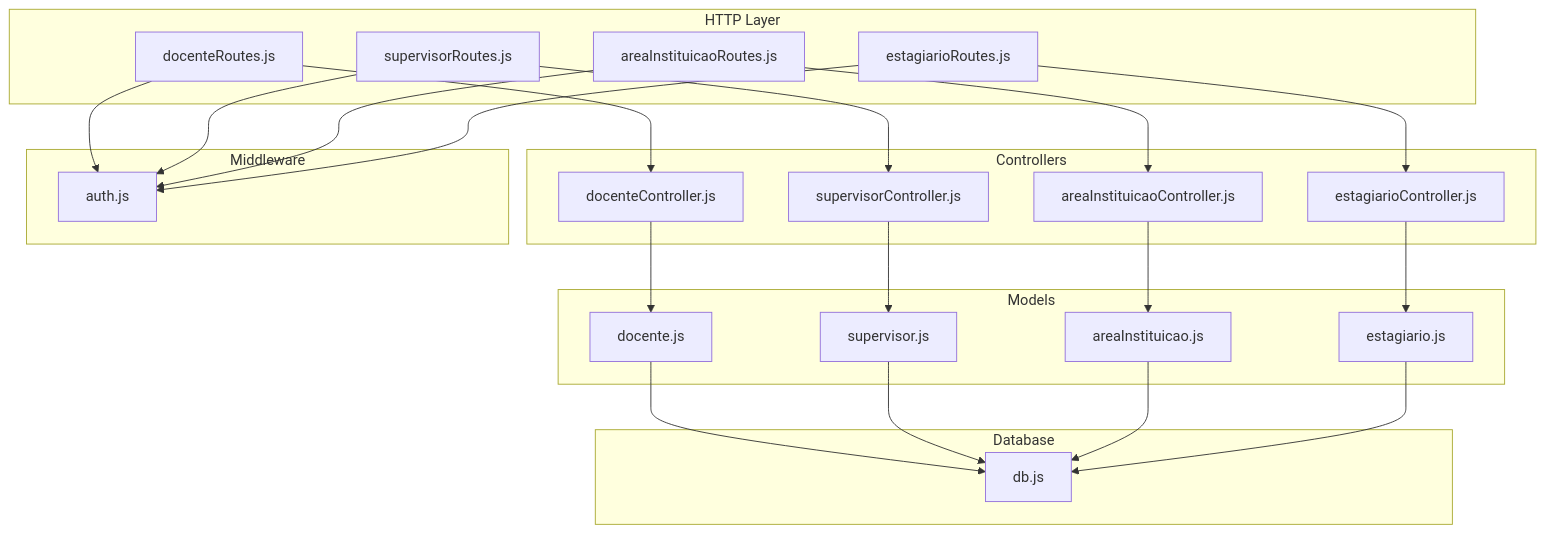
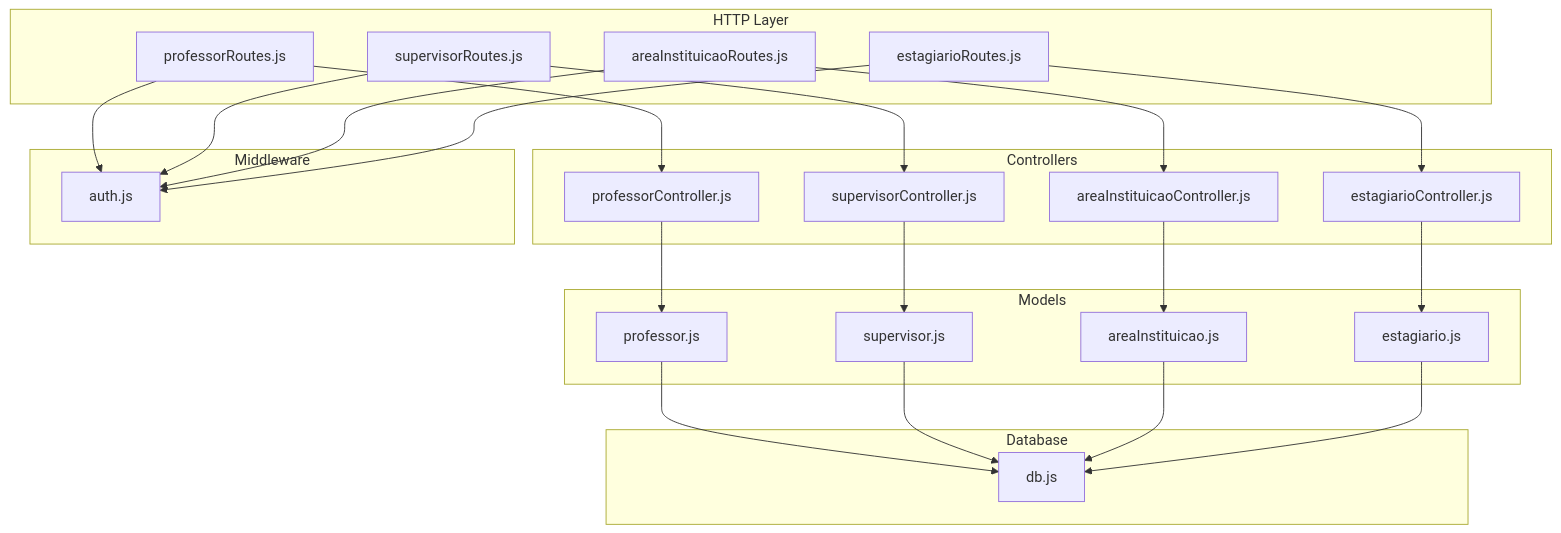
One commit to luiseduacosta/nodemural changed the first of 7 diagrams in .qoder/repowiki/en/content/API Reference/Institutional Management APIs.md. Above: the diagram before and after it, drawn with Mermaid. The commit also changed other lines of this file and 30 other files, not shown here.

Commit message:
Update tables schema.

````diff
--- a/.qoder/repowiki/en/content/API Reference/Institutional Management APIs.md
+++ b/.qoder/repowiki/en/content/API Reference/Institutional Management APIs.md
@@ -47,43 +47,43 @@
 ```mermaid
 graph TB
 subgraph "HTTP Layer"
-DR["docenteRoutes.js"]
+DR["professorRoutes.js"]
 SR["supervisorRoutes.js"]
 AIR["areaInstituicaoRoutes.js"]
 ER["estagiarioRoutes.js"]
 end
 subgraph "Controllers"
-DC["docenteController.js"]
+DC["professorController.js"]
 SC["supervisorController.js"]
 AIC["areaInstituicaoController.js"]
 EC["estagiarioController.js"]
 end
 subgraph "Models"
-DM["docente.js"]
+DM["professor.js"]
 SM["supervisor.js"]
 AIM["areaInstituicao.js"]
 EM["estagiario.js"]
 end
 subgraph "Middleware"
 AM["auth.js"]
 end
 subgraph "Database"
 DB["db.js"]
 end
 DR --> DC
 SR --> SC
 AIR --> AIC
 ER --> EC
 DC --> DM
 SC --> SM
 AIC --> AIM
 EC --> EM
 DR --> AM
 SR --> AM
 AIR --> AM
 ER --> AM
 DM --> DB
 SM --> DB
 AIM --> DB
 EM --> DB
 ```
````
